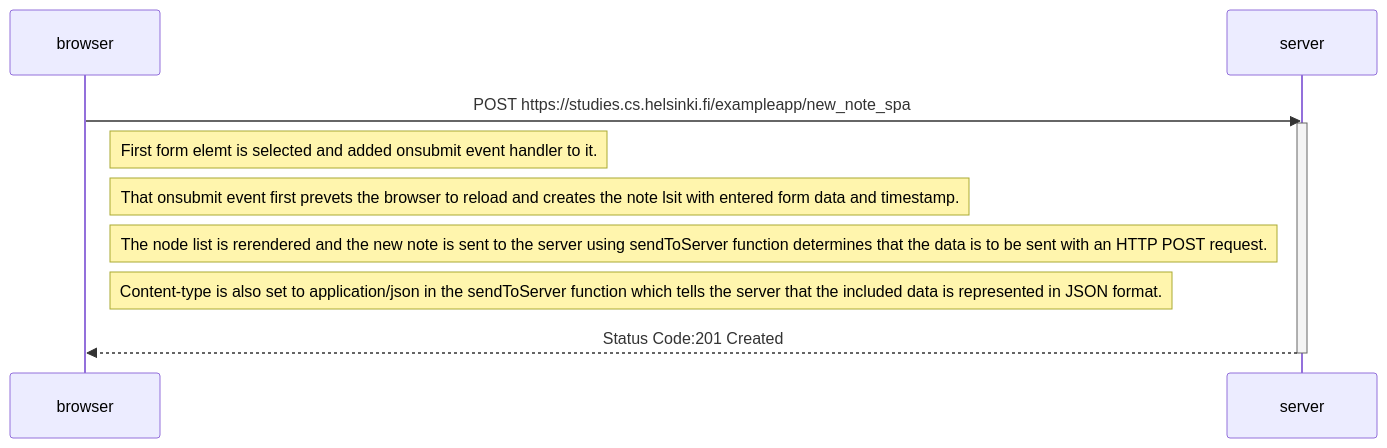
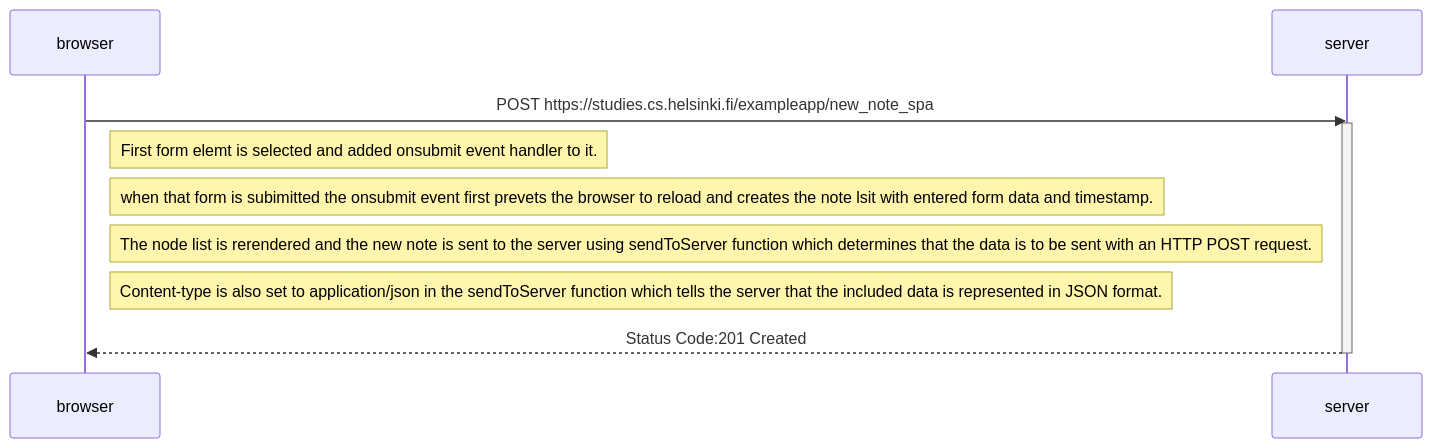
One commit to stha-sulav/Exercises changed the diagram in part0/New note in Single page app diagram.md. Above: the diagram before and after it, drawn with Mermaid.

Commit message:
spa gisgram

````diff
--- a/part0/New note in Single page app diagram.md
+++ b/part0/New note in Single page app diagram.md
@@ -1,18 +1,18 @@
 ```mermaid
 sequenceDiagram
     participant browser
     participant server
 
     browser->>server: POST https://studies.cs.helsinki.fi/exampleapp/new_note_spa
     activate server
     Note right of browser: First form elemt is selected and added onsubmit event handler to it.
-    Note right of browser: That onsubmit event first prevets the browser to reload and creates the note lsit with entered form data and timestamp.
-    Note right of browser: The node list is rerendered and the new note is sent to the server using sendToServer function determines that the data is to be sent with an HTTP POST request.
+    Note right of browser: when that form is subimitted the onsubmit event first prevets the browser to reload and creates the note lsit with entered form data and timestamp.
+    Note right of browser: The node list is rerendered and the new note is sent to the server using sendToServer function which determines that the data is to be sent with an HTTP POST request.
     Note right of browser: Content-type is also set to application/json in the sendToServer function which tells the server that the included data is represented in JSON format.
 
     server-->>browser: Status Code:201 Created
     deactivate server
 
 
 
 ```
````
